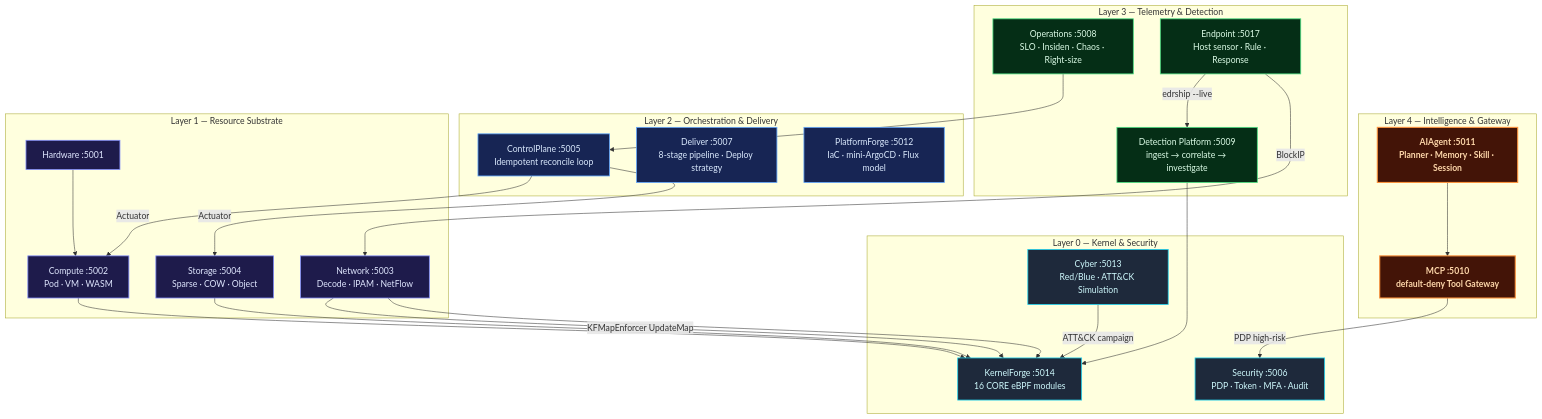
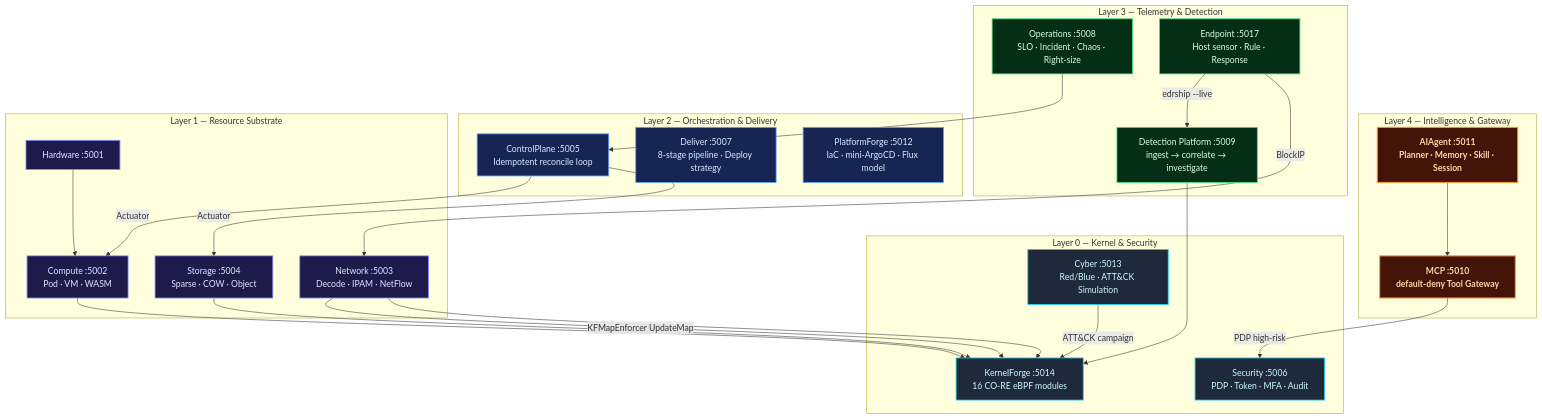
One commit to renaldyhidayatt/renaldyhidayatt.github.io changed the first of 7 diagrams in src/content/portfolio/pieroloka-golang.mdx. Above: the diagram before and after it, drawn with Mermaid. The commit also changed other lines of this file and 2 other files, not shown here.

First line of the commit message:
Add mini-sandbox-rust documentation: Kernel-Enforced Security Platform

````diff
--- a/src/content/portfolio/pieroloka-golang.mdx
+++ b/src/content/portfolio/pieroloka-golang.mdx
@@ -98,53 +65,53 @@
 ```mermaid
 graph TB
     classDef l4 fill:#431407,stroke:#fb923c,color:#fed7aa,stroke-width:2px,font-weight:bold
     classDef l3 fill:#052e16,stroke:#4ade80,color:#dcfce7,stroke-width:1.5px
     classDef l2 fill:#172554,stroke:#60a5fa,color:#dbeafe,stroke-width:1.5px
     classDef l1 fill:#1e1b4b,stroke:#818cf8,color:#e0e7ff,stroke-width:1.5px
     classDef l0 fill:#1e293b,stroke:#22d3ee,color:#cffafe,stroke-width:1.5px
 
     subgraph L4["Layer 4 — Intelligence & Gateway"]
         MCP["MCP :5010<br/>default-deny Tool Gateway"]:::l4
         AI["AIAgent :5011<br/>Planner · Memory · Skill · Session"]:::l4
     end
 
     subgraph L3["Layer 3 — Telemetry & Detection"]
-        OPS["Operations :5008<br/>SLO · Insiden · Chaos · Right-size"]:::l3
+        OPS["Operations :5008<br/>SLO · Incident · Chaos · Right-size"]:::l3
         DET["Detection Platform :5009<br/>ingest → correlate → investigate"]:::l3
         EDR["Endpoint :5017<br/>Host sensor · Rule · Response"]:::l3
     end
 
     subgraph L2["Layer 2 — Orchestration & Delivery"]
         CP["ControlPlane :5005<br/>Idempotent reconcile loop"]:::l2
         DEL["Deliver :5007<br/>8-stage pipeline · Deploy strategy"]:::l2
         PF["PlatformForge :5012<br/>IaC · mini-ArgoCD · Flux model"]:::l2
     end
 
     subgraph L1["Layer 1 — Resource Substrate"]
         HW["Hardware :5001"]:::l1
         CMP["Compute :5002<br/>Pod · VM · WASM"]:::l1
         NET["Network :5003<br/>Decode · IPAM · NetFlow"]:::l1
         STO["Storage :5004<br/>Sparse · COW · Object"]:::l1
     end
 
     subgraph L0["Layer 0 — Kernel & Security"]
         SEC["Security :5006<br/>PDP · Token · MFA · Audit"]:::l0
         CYB["Cyber :5013<br/>Red/Blue · ATT&CK Simulation"]:::l0
-        KF["KernelForge :5014<br/>16 CORE eBPF modules"]:::l0
+        KF["KernelForge :5014<br/>16 CO-RE eBPF modules"]:::l0
     end
 
     AI --> MCP
     MCP -->|PDP high-risk| SEC
     OPS --> CP
     DET --> KF
-    EDR -->|edrship --live| DET
+    EDR -->|"edrship --live"| DET
     EDR -->|BlockIP| NET
     CP -->|Actuator| CMP
     CP -->|Actuator| STO
-    NET -->|KFMapEnforcer UpdateMap| KF
-    CYB -->|ATT&CK campaign| KF
+    NET -->|"KFMapEnforcer UpdateMap"| KF
+    CYB -->|"ATT&CK campaign"| KF
     HW --> CMP
     CMP --> KF
     NET --> KF
     STO --> KF
 ```
````
